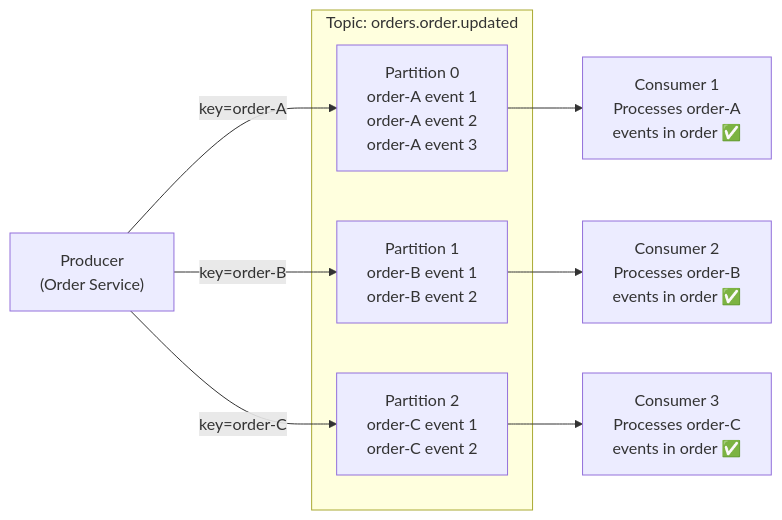
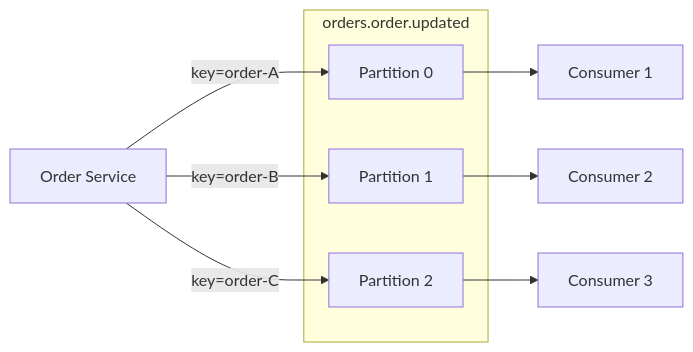
The first of 2 diagrams in 02-architecture-and-api/08-event-schema-evolution.md (rishikeshdhokare/platform-manifesto), drawn with Mermaid before and after one commit. The commit also changed other lines of this file and 12 other files, not shown here.

First line of the commit message:
fix: refactor Mermaid diagrams for compliance (#135)

````diff
--- a/02-architecture-and-api/08-event-schema-evolution.md
+++ b/02-architecture-and-api/08-event-schema-evolution.md
@@ -204,16 +206,16 @@
 ```mermaid
 flowchart LR
-    subgraph "Topic: orders.order.updated"
-        P0["Partition 0\norder-A event 1\norder-A event 2\norder-A event 3"]
-        P1["Partition 1\norder-B event 1\norder-B event 2"]
-        P2["Partition 2\norder-C event 1\norder-C event 2"]
+    subgraph topic["orders.order.updated"]
+        p0["Partition 0"]
+        p1["Partition 1"]
+        p2["Partition 2"]
     end
 
-    Producer["Producer\n(Order Service)"] -->|"key=order-A"| P0
-    Producer -->|"key=order-B"| P1
-    Producer -->|"key=order-C"| P2
+    producer["Order Service"] -->|"key=order-A"| p0
+    producer -->|"key=order-B"| p1
+    producer -->|"key=order-C"| p2
 
-    P0 --> C1["Consumer 1\nProcesses order-A\nevents in order ✅"]
-    P1 --> C2["Consumer 2\nProcesses order-B\nevents in order ✅"]
-    P2 --> C3["Consumer 3\nProcesses order-C\nevents in order ✅"]
+    p0 --> c1["Consumer 1"]
+    p1 --> c2["Consumer 2"]
+    p2 --> c3["Consumer 3"]
 ```
````
